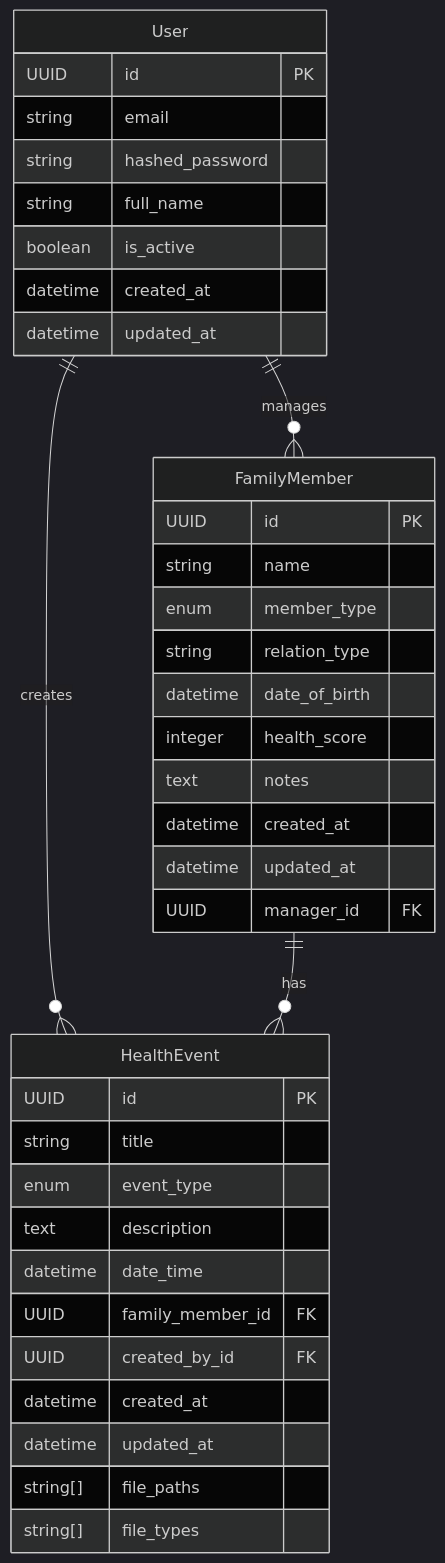
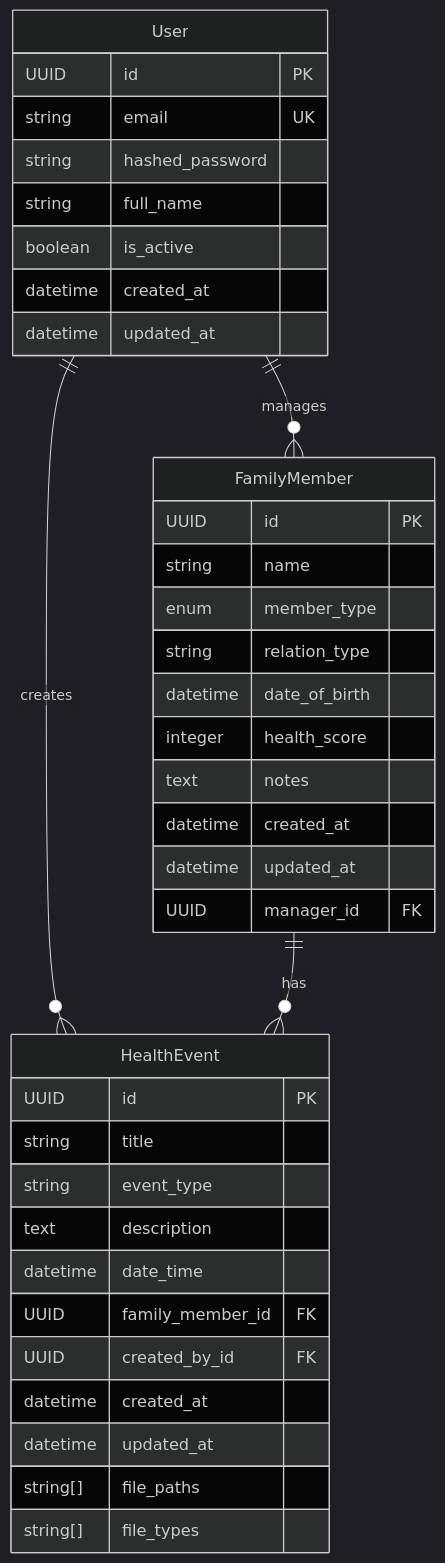
One commit to luzhenyv/sesame changed the diagram in docs/data_structure.md. Above: the diagram before and after it, drawn with Mermaid (dark theme). The commit also changed other lines of this file and 3 other files, not shown here.

````diff
--- a/docs/data_structure.md
+++ b/docs/data_structure.md
@@ -47,43 +47,43 @@
 ```mermaid
 erDiagram
     User ||--o{ FamilyMember : manages
     User ||--o{ HealthEvent : creates
     FamilyMember ||--o{ HealthEvent : has
 
     User {
         UUID id PK
-        string email
+        string email UK
         string hashed_password
         string full_name
         boolean is_active
         datetime created_at
         datetime updated_at
     }
 
     FamilyMember {
         UUID id PK
         string name
         enum member_type
         string relation_type
         datetime date_of_birth
         integer health_score
         text notes
         datetime created_at
         datetime updated_at
         UUID manager_id FK
     }
 
     HealthEvent {
         UUID id PK
         string title
-        enum event_type
+        string event_type
         text description
         datetime date_time
         UUID family_member_id FK
         UUID created_by_id FK
         datetime created_at
         datetime updated_at
         string[] file_paths
         string[] file_types
     }
 ```
````
